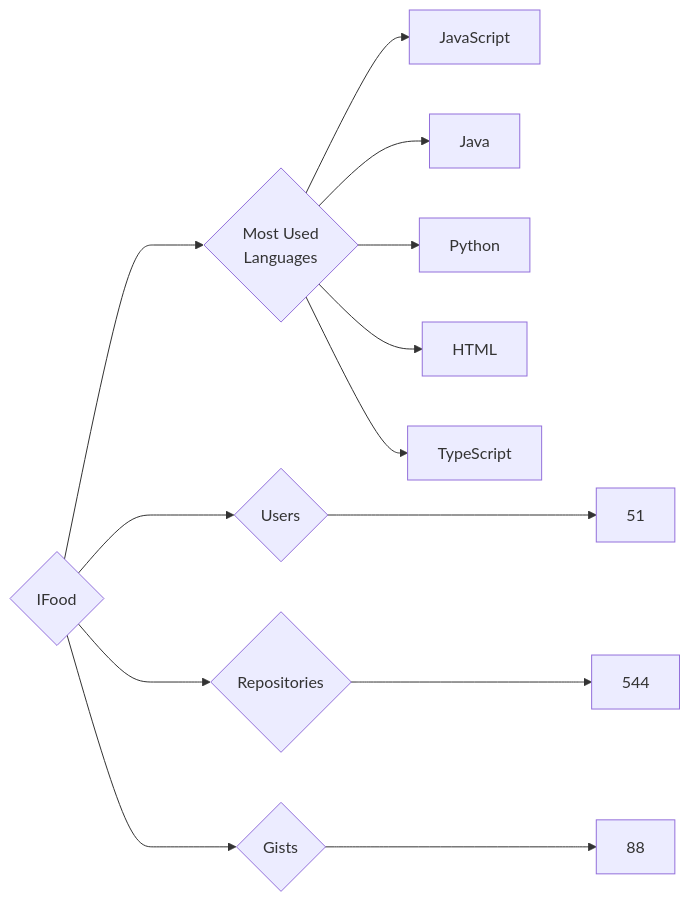
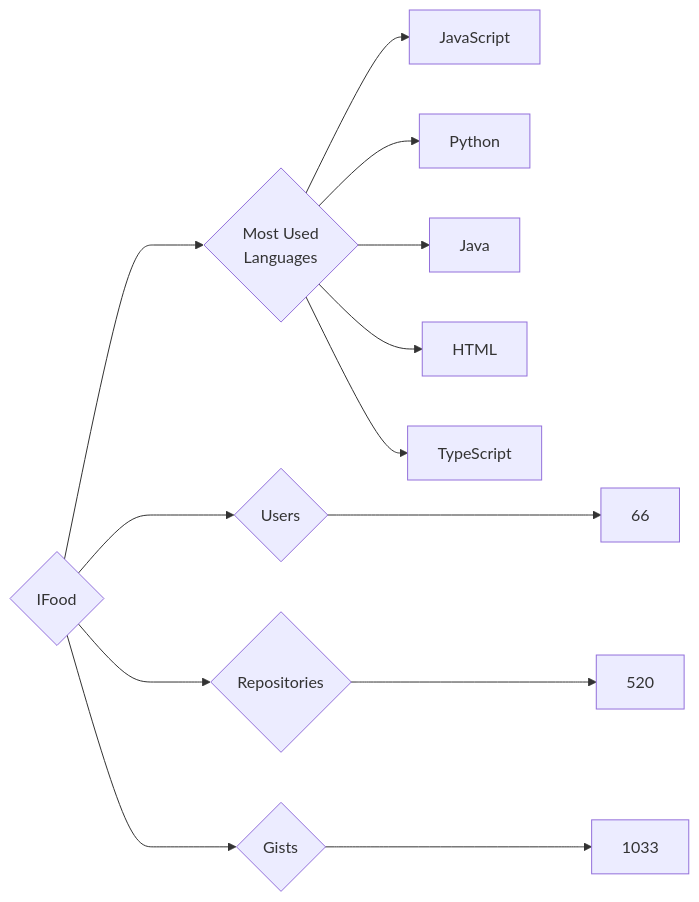
Before and after one commit to trickest/insiders: the diagram in targets/IFood/README.md, drawn with Mermaid. The commit also changed 757 other files, not shown here.

````diff
--- a/targets/IFood/README.md
+++ b/targets/IFood/README.md
@@ -3,13 +3,13 @@
 ```mermaid
 graph LR
 COMPANY_NAME{IFood}
-COMPANY_NAME ---> U{Users} ---> UN[51]
-COMPANY_NAME ---> R{Repositories} ---> RN[544]
-COMPANY_NAME ---> G{Gists} ---> GN[88]
+COMPANY_NAME ---> U{Users} ---> UN[66]
+COMPANY_NAME ---> R{Repositories} ---> RN[520]
+COMPANY_NAME ---> G{Gists} ---> GN[1033]
 COMPANY_NAME ---> ML{Most Used<br>Languages}
 ML --> JavaScript[JavaScript]
+ML --> Python[Python]
 ML --> Java[Java]
-ML --> Python[Python]
 ML --> HTML[HTML]
 ML --> TypeScript[TypeScript]
 ```
````
